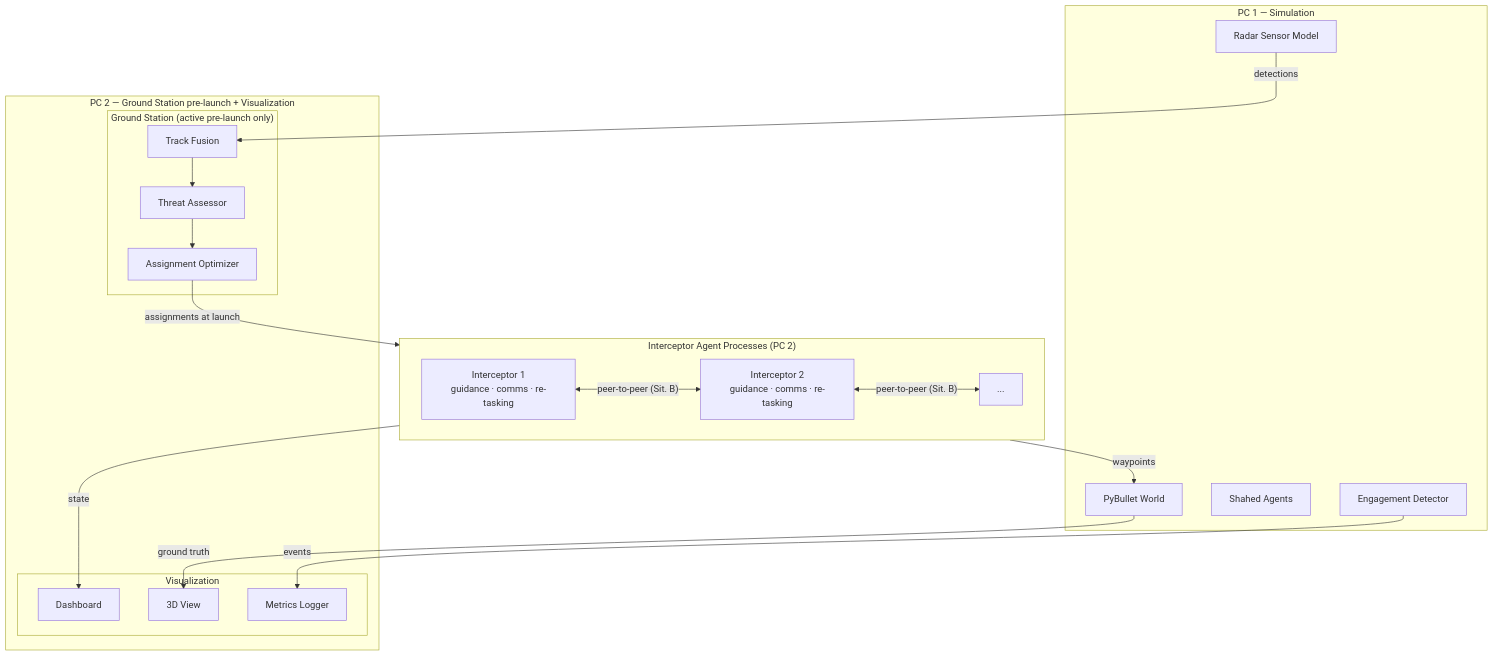
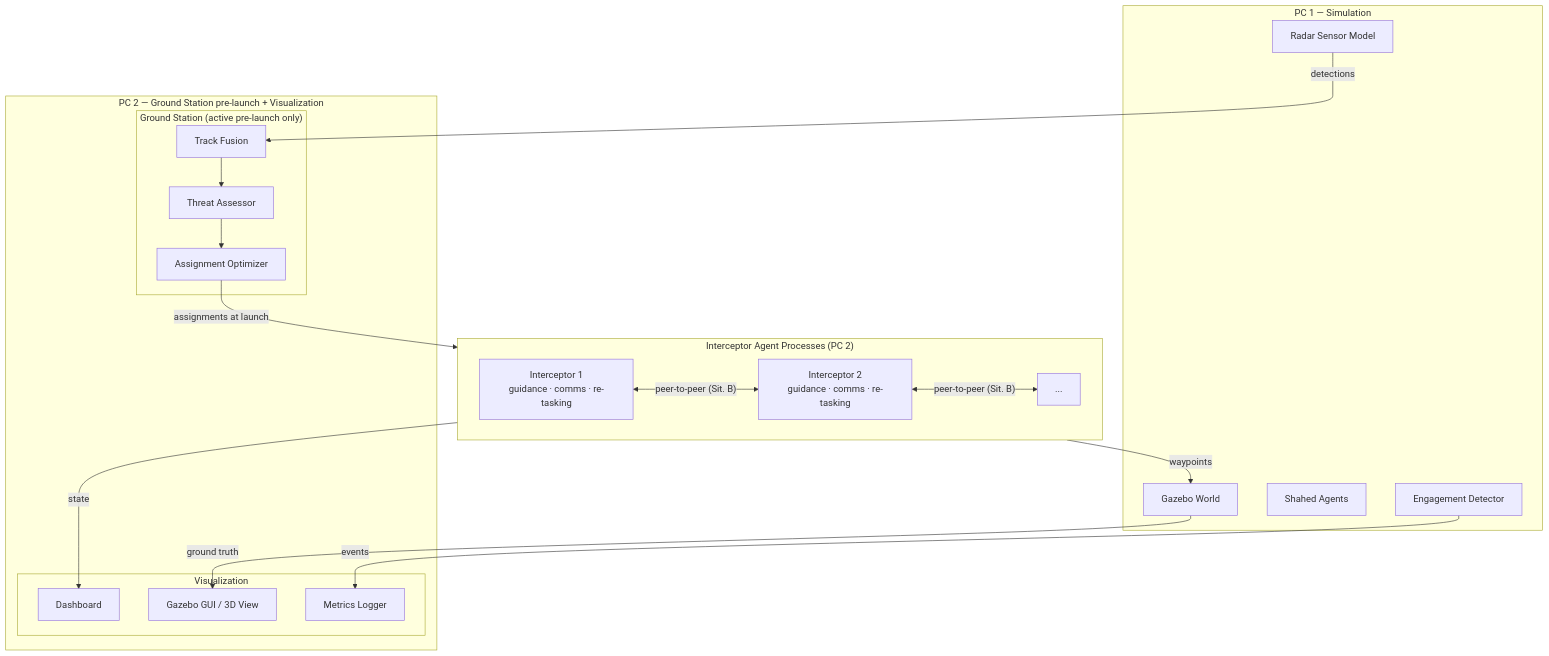
One commit to marcellobardus/EDTH_Paris changed the first of 4 diagrams in docs/architecture.md. Above: the diagram before and after it, drawn with Mermaid. The commit also changed other lines of this file and 2 other files, not shown here.

Commit message:
pyproject added ; new spec (gazebo instead of Pybullet)

````diff
--- a/docs/architecture.md
+++ b/docs/architecture.md
@@ -10,38 +10,38 @@
 ```mermaid
 graph TD
     subgraph SIM["PC 1 — Simulation"]
-        PB[PyBullet World]
+        GZ[Gazebo World]
         ED[Shahed Agents]
         SM[Radar Sensor Model]
         ENG[Engagement Detector]
     end
 
     subgraph PC2["PC 2 — Ground Station pre-launch + Visualization"]
         subgraph GS["Ground Station (active pre-launch only)"]
             TF[Track Fusion]
             TA[Threat Assessor]
             AO[Assignment Optimizer]
             TF --> TA --> AO
         end
         subgraph VIZ["Visualization"]
-            V3D[3D View]
+            V3D[Gazebo GUI / 3D View]
             DB[Dashboard]
             CSV[Metrics Logger]
         end
     end
 
     subgraph AGENTS["Interceptor Agent Processes (PC 2)"]
         I1["Interceptor 1\nguidance · comms · re-tasking"]
         I2["Interceptor 2\nguidance · comms · re-tasking"]
         IN["..."]
     end
 
     SM -->|detections| TF
     AO -->|assignments at launch| AGENTS
     I1 <-->|"peer-to-peer (Sit. B)"| I2
     I2 <-->|"peer-to-peer (Sit. B)"| IN
-    AGENTS -->|waypoints| PB
-    PB -->|ground truth| V3D
+    AGENTS -->|waypoints| GZ
+    GZ -->|ground truth| V3D
     AGENTS -->|state| DB
     ENG -->|events| CSV
 ```
````
